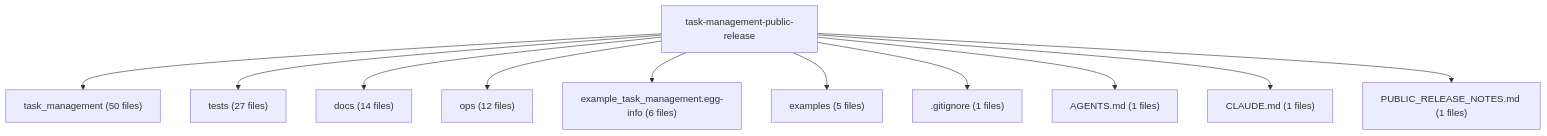
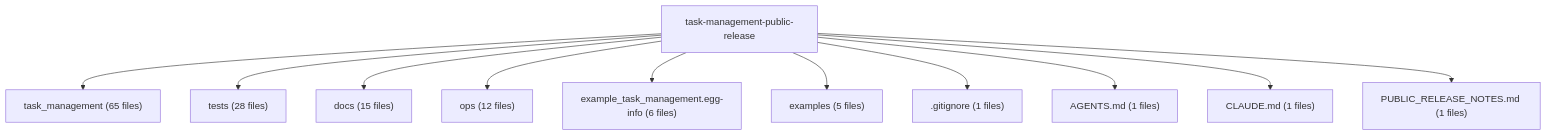
One commit to KOBIC-KBDS/task-management-clean-public changed the diagram in docs/codeboarding/architecture.md. Above: the diagram before and after it, drawn with Mermaid. The commit also changed other lines of this file and 71 other files, not shown here.

````diff
--- a/docs/codeboarding/architecture.md
+++ b/docs/codeboarding/architecture.md
@@ -9,24 +9,24 @@
 ```mermaid
 flowchart TD
   repo["task-management-public-release"]
-  module_task_management["task_management (50 files)"]
+  module_task_management["task_management (65 files)"]
   repo --> module_task_management
-  module_tests["tests (27 files)"]
+  module_tests["tests (28 files)"]
   repo --> module_tests
-  module_docs["docs (14 files)"]
+  module_docs["docs (15 files)"]
   repo --> module_docs
   module_ops["ops (12 files)"]
   repo --> module_ops
   module_example_task_management_egg_info["example_task_management.egg-info (6 files)"]
   repo --> module_example_task_management_egg_info
   module_examples["examples (5 files)"]
   repo --> module_examples
   module_gitignore[".gitignore (1 files)"]
   repo --> module_gitignore
   module_AGENTS_md["AGENTS.md (1 files)"]
   repo --> module_AGENTS_md
   module_CLAUDE_md["CLAUDE.md (1 files)"]
   repo --> module_CLAUDE_md
   module_PUBLIC_RELEASE_NOTES_md["PUBLIC_RELEASE_NOTES.md (1 files)"]
   repo --> module_PUBLIC_RELEASE_NOTES_md
 ```
````
